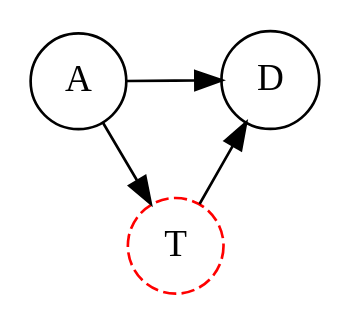
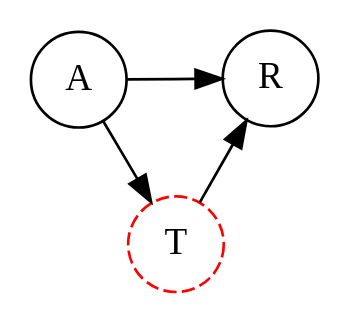
The fourth of 4 diagrams in dagnammit.qmd (bgreenwell/dagnammit), drawn with Graphviz before and after one commit. The commit also changed other lines of this file and 2 other files, not shown here.

````diff
--- a/dagnammit.qmd
+++ b/dagnammit.qmd
@@ -839,10 +838,10 @@
 ```{dot pneumonia-dag}
 digraph G {
   layout=neato
-  node [shape=circle] A; D;
+  node [shape=circle] A; R;
   node [shape=circle, style="dashed", color="red"] T;
   A -> T;
-  A -> D;
-  T -> D;
+  A -> R;
+  T -> R;
 }
 ```
````
